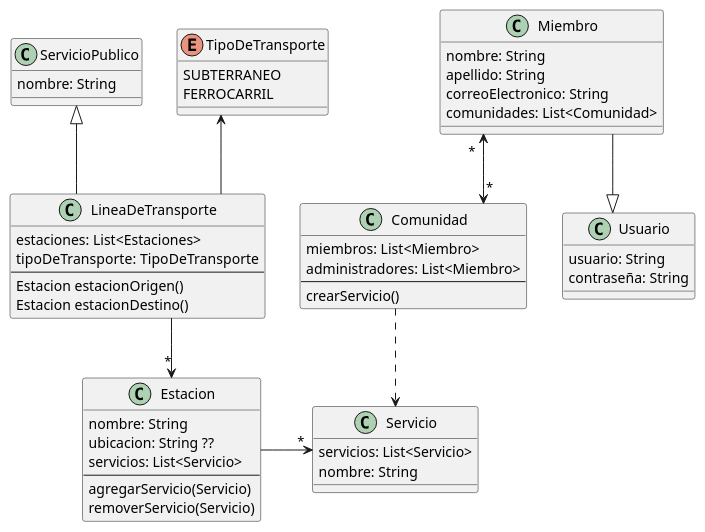
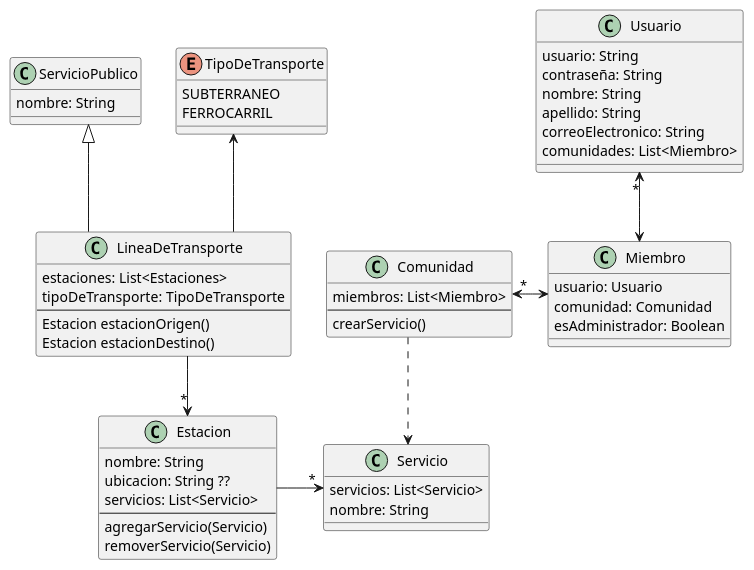
The diagram in docs/clases.plantuml (ValenAquino/tp-dds-2023), drawn with PlantUML before and after one commit.

Commit message:
docs(clases): actualizar relación Usuario-Miembro-Comunidad

```diff
--- a/docs/clases.plantuml
+++ b/docs/clases.plantuml
@@ -1,54 +1,58 @@
-@startuml TPA1
+@startuml TPA1-Clases
 skinparam linetype ortho
 class ServicioPublico{
     nombre: String
 }
 class LineaDeTransporte {
   estaciones: List<Estaciones>
   tipoDeTransporte: TipoDeTransporte
   --
   Estacion estacionOrigen()
   Estacion estacionDestino()
 }
 enum TipoDeTransporte {
     SUBTERRANEO
     FERROCARRIL
 }
 class Estacion {
   nombre: String
   ubicacion: String ??
   servicios: List<Servicio>
   --
   agregarServicio(Servicio)
   removerServicio(Servicio)
 }
 class Comunidad {
   miembros: List<Miembro>
-  administradores: List<Miembro>
   --
   crearServicio()
-}
-
-class Miembro {
-  nombre: String
-  apellido: String
-  correoElectronico: String
-  comunidades: List<Comunidad>
 }
 
 class Usuario {
   usuario: String
   contraseña: String
+  nombre: String
+  apellido: String
+  correoElectronico: String
+  comunidades: List<Miembro>
 }
+
+class Miembro {
+  usuario: Usuario
+  comunidad: Comunidad
+  esAdministrador: Boolean
+}
+
 class Servicio{
     servicios: List<Servicio>
     nombre: String
 }
+
 ServicioPublico <|-- LineaDeTransporte
-Miembro --|> Usuario
-Miembro "*"<-->"*" Comunidad
+Usuario "*"<--> Miembro
+Comunidad "*"<-> Miembro
 LineaDeTransporte -->"*" Estacion
 TipoDeTransporte <-- LineaDeTransporte
 Estacion ->"*" Servicio
 Comunidad ..> Servicio
 @enduml
```
